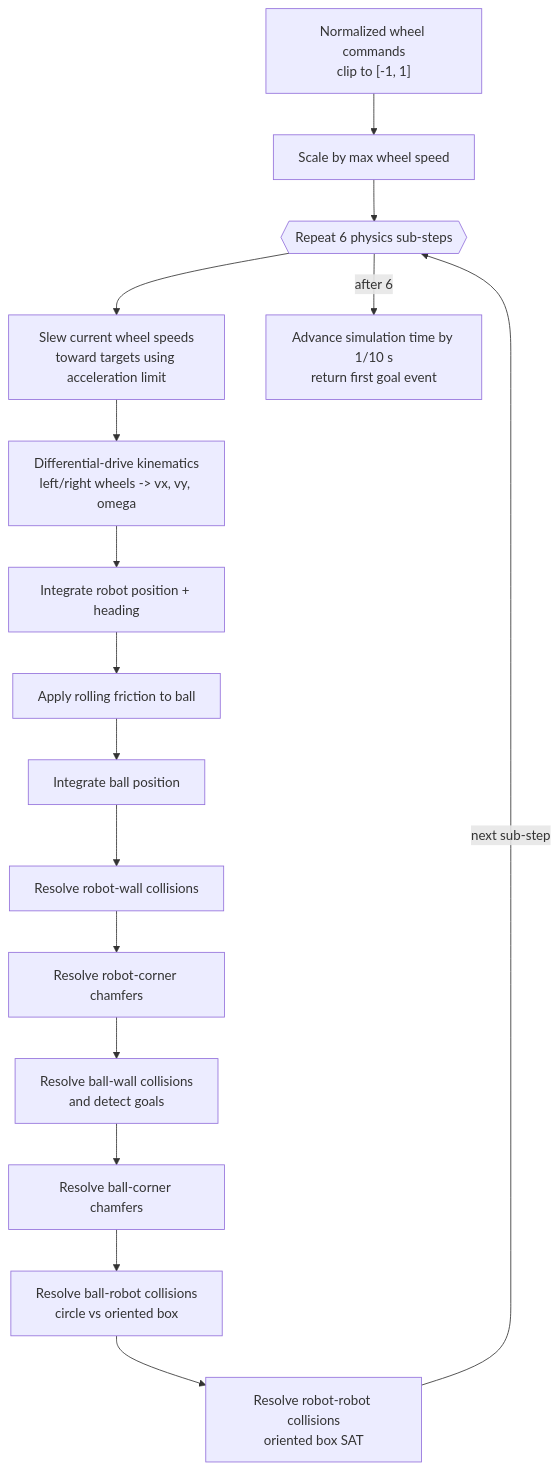
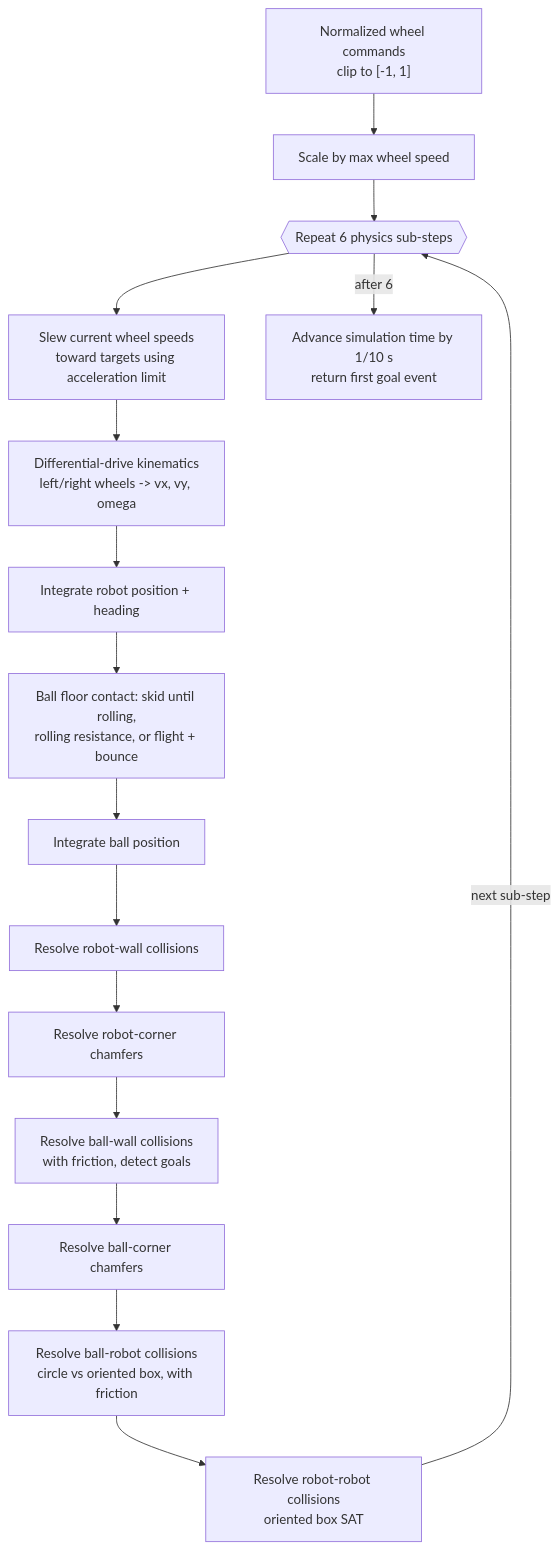
One commit to canhotuctor/vsss-sim changed the sixth of 8 diagrams in STRUCTURE.md. Above: the diagram before and after it, drawn with Mermaid. The commit also changed other lines of this file and 10 other files, not shown here.

Commit message:
feat: model ball spin, skidding, and wall pop-ups with sourced coefficients

````diff
--- a/STRUCTURE.md
+++ b/STRUCTURE.md
@@ -219,24 +222,24 @@
 ```mermaid
 flowchart TD
     command["Normalized wheel commands<br/>clip to [-1, 1]"]
     target["Scale by max wheel speed"]
     repeat{{"Repeat 6 physics sub-steps"}}
     slew["Slew current wheel speeds<br/>toward targets using acceleration limit"]
     drive["Differential-drive kinematics<br/>left/right wheels -> vx, vy, omega"]
     integrateRobots["Integrate robot position + heading"]
-    friction["Apply rolling friction to ball"]
+    friction["Ball floor contact: skid until rolling,<br/>rolling resistance, or flight + bounce"]
     integrateBall["Integrate ball position"]
     walls["Resolve robot-wall collisions"]
     robotChamfers["Resolve robot-corner chamfers"]
-    ballwalls["Resolve ball-wall collisions<br/>and detect goals"]
+    ballwalls["Resolve ball-wall collisions<br/>with friction, detect goals"]
     ballChamfers["Resolve ball-corner chamfers"]
-    ballrobots["Resolve ball-robot collisions<br/>circle vs oriented box"]
+    ballrobots["Resolve ball-robot collisions<br/>circle vs oriented box, with friction"]
     robotrobots["Resolve robot-robot collisions<br/>oriented box SAT"]
     done["Advance simulation time by 1/10 s<br/>return first goal event"]
 
     command --> target --> repeat
     repeat --> slew --> drive --> integrateRobots --> friction --> integrateBall
     integrateBall --> walls --> robotChamfers --> ballwalls --> ballChamfers --> ballrobots --> robotrobots
     robotrobots -->|"next sub-step"| repeat
     repeat -->|"after 6"| done
 ```
````
